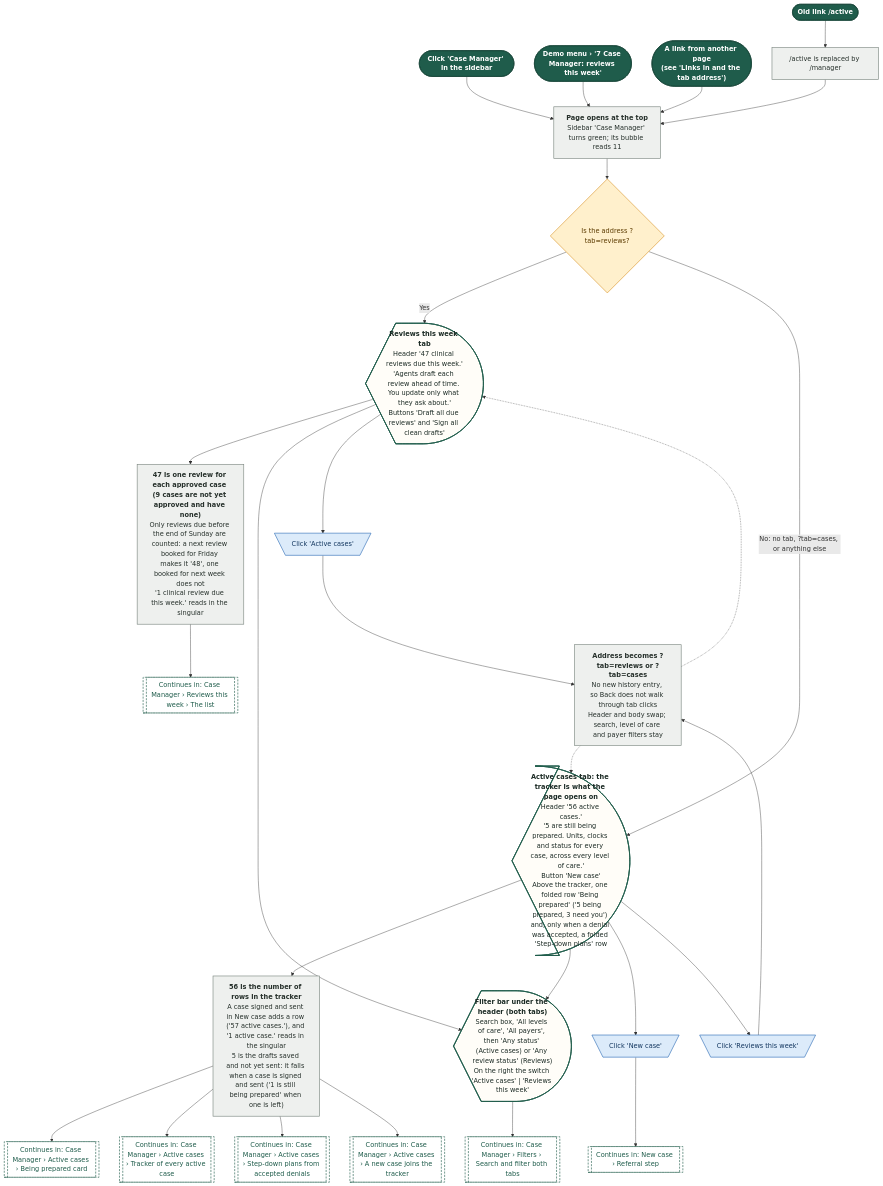
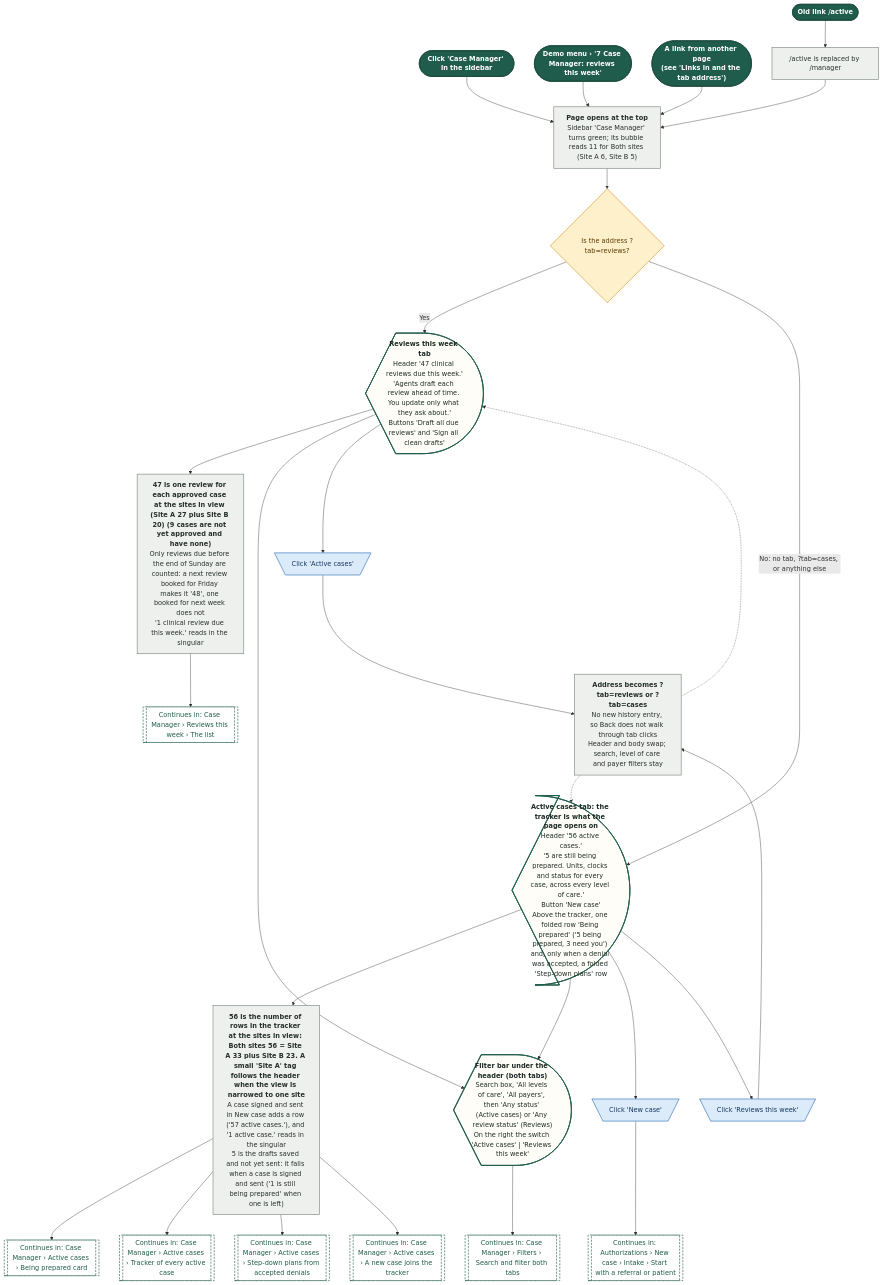
One commit to Shrav143/psyfloapp changed the first of 24 diagrams in demos/prior-auth-demo/workflows/out/md/07-case-manager.md. Above: the diagram before and after it, drawn with Mermaid. The commit also changed other lines of this file and 251 other files, not shown here.

First line of the commit message:
docs: rebuild the workflow diagrams (291) for round 4

````diff
--- a/demos/prior-auth-demo/workflows/out/md/07-case-manager.md
+++ b/demos/prior-auth-demo/workflows/out/md/07-case-manager.md
@@ -15,69 +15,69 @@
 ```mermaid
 %%{init: {"theme":"base","themeVariables":{"fontFamily":"'DM Sans', 'Segoe UI', system-ui, sans-serif","fontSize":"15px","lineColor":"#5B6B63","primaryTextColor":"#1C2B25","clusterBkg":"#FBF8F3","clusterBorder":"#D9CDBB","edgeLabelBackground":"#FFFFFF"},"flowchart":{"curve":"basis","nodeSpacing":36,"rankSpacing":48,"padding":12,"htmlLabels":true,"useMaxWidth":false,"wrappingWidth":230}} }%%
 flowchart TD
   classDef k_start fill:#1F5C4B,stroke:#174638,color:#FFFFFF,stroke-width:1.5px,font-weight:600
   classDef k_end fill:#DDEFE3,stroke:#2E7D4F,color:#14502F,stroke-width:1.5px,font-weight:600
   classDef k_endx fill:#FBE3E0,stroke:#C0392B,color:#7A1F16,stroke-width:1.5px,font-weight:600
   classDef k_screen fill:#FFFDF8,stroke:#1F5C4B,color:#1C2B25,stroke-width:2px
   classDef k_overlay fill:#F1F7F3,stroke:#1F5C4B,color:#1C2B25,stroke-width:2px,stroke-dasharray:5 3
   classDef k_click fill:#DCEBFA,stroke:#2F6DB5,color:#12365F,stroke-width:1.5px
   classDef k_input fill:#E4E7FF,stroke:#4C5FD5,color:#1D2670,stroke-width:1.5px
   classDef k_process fill:#EEF0EE,stroke:#7A857F,color:#26302B,stroke-width:1.5px
   classDef k_agent fill:#EEE5FA,stroke:#7A4FC2,color:#341A63,stroke-width:1.5px
   classDef k_decision fill:#FFF0CC,stroke:#D9962B,color:#5C3B00,stroke-width:1.5px
   classDef k_store fill:#D5F0EA,stroke:#1C8E7B,color:#0B4A3F,stroke-width:1.5px
   classDef k_doc fill:#F6E9DC,stroke:#B07A4C,color:#4A2E14,stroke-width:1.5px
   classDef k_ext fill:#FFE6D2,stroke:#E07B39,color:#6B2F06,stroke-width:1.5px
   classDef k_wait fill:#E4E8EE,stroke:#6B7C93,color:#26303D,stroke-width:1.5px
   classDef k_toast fill:#FFF9DB,stroke:#C9A400,color:#5A4A00,stroke-width:1.5px
   classDef k_goto fill:#FFFFFF,stroke:#1F5C4B,color:#1F5C4B,stroke-width:1.5px,stroke-dasharray:5 3
   s1@{ shape: stadium, label: "Click 'Case Manager' in the sidebar" }
   s2@{ shape: stadium, label: "Demo menu › '7 Case Manager: reviews this week'" }
   s3@{ shape: stadium, label: "Old link /active" }
   s4@{ shape: stadium, label: "<b>A link from another page</b><br/>(see 'Links in and the tab address')" }
   p0@{ shape: rect, label: "/active is replaced by /manager" }
-  p1@{ shape: rect, label: "<b>Page opens at the top</b><br/>Sidebar 'Case Manager' turns green; its bubble reads 11" }
+  p1@{ shape: rect, label: "<b>Page opens at the top</b><br/>Sidebar 'Case Manager' turns green; its bubble reads 11 for Both sites (Site A 6, Site B 5)" }
   d1@{ shape: diam, label: "Is the address ?tab=reviews?" }
   sA@{ shape: curv-trap, label: "<b>Active cases tab: the tracker is what the page opens on</b><br/>Header '56 active cases.'<br/>'5 are still being prepared. Units, clocks and status for every case, across every level of care.'<br/>Button 'New case'<br/>Above the tracker, one folded row 'Being prepared' ('5 being prepared, 3 need you') and, only when a denial was accepted, a folded 'Step-down plans' row" }
-  cA@{ shape: rect, label: "<b>56 is the number of rows in the tracker</b><br/>A case signed and sent in New case adds a row ('57 active cases.'), and '1 active case.' reads in the singular<br/>5 is the drafts saved and not yet sent: it falls when a case is signed and sent ('1 is still being prepared' when one is left)" }
+  cA@{ shape: rect, label: "<b>56 is the number of rows in the tracker at the sites in view: Both sites 56 = Site A 33 plus Site B 23. A small 'Site A' tag follows the header when the view is narrowed to one site</b><br/>A case signed and sent in New case adds a row ('57 active cases.'), and '1 active case.' reads in the singular<br/>5 is the drafts saved and not yet sent: it falls when a case is signed and sent ('1 is still being prepared' when one is left)" }
   sR@{ shape: curv-trap, label: "<b>Reviews this week tab</b><br/>Header '47 clinical reviews due this week.'<br/>'Agents draft each review ahead of time. You update only what they ask about.'<br/>Buttons 'Draft all due reviews' and 'Sign all clean drafts'" }
-  cR@{ shape: rect, label: "<b>47 is one review for each approved case (9 cases are not yet approved and have none)</b><br/>Only reviews due before the end of Sunday are counted: a next review booked for Friday makes it '48', one booked for next week does not<br/>'1 clinical review due this week.' reads in the singular" }
+  cR@{ shape: rect, label: "<b>47 is one review for each approved case at the sites in view (Site A 27 plus Site B 20) (9 cases are not yet approved and have none)</b><br/>Only reviews due before the end of Sunday are counted: a next review booked for Friday makes it '48', one booked for next week does not<br/>'1 clinical review due this week.' reads in the singular" }
   sF@{ shape: curv-trap, label: "<b>Filter bar under the header (both tabs)</b><br/>Search box, 'All levels of care', 'All payers', then 'Any status' (Active cases) or 'Any review status' (Reviews)<br/>On the right the switch 'Active cases' | 'Reviews this week'" }
   c1@{ shape: trap-t, label: "Click 'Reviews this week'" }
   c2@{ shape: trap-t, label: "Click 'Active cases'" }
   p2@{ shape: rect, label: "<b>Address becomes ?tab=reviews or ?tab=cases</b><br/>No new history entry, so Back does not walk through tab clicks<br/>Header and body swap; search, level of care and payer filters stay" }
   c3@{ shape: trap-t, label: "Click 'New case'" }
   g1@{ shape: subproc, label: "Continues in: Case Manager › Filters › Search and filter both tabs" }
   g2@{ shape: subproc, label: "Continues in: Case Manager › Active cases › Being prepared card" }
   g3@{ shape: subproc, label: "Continues in: Case Manager › Active cases › Tracker of every active case" }
   g4@{ shape: subproc, label: "Continues in: Case Manager › Reviews this week › The list" }
-  g5@{ shape: subproc, label: "Continues in: New case › Referral step" }
+  g5@{ shape: subproc, label: "Continues in: Authorizations › New case › Intake › Start with a referral or patient" }
   g6@{ shape: subproc, label: "Continues in: Case Manager › Active cases › Step-down plans from accepted denials" }
   g7@{ shape: subproc, label: "Continues in: Case Manager › Active cases › A new case joins the tracker" }
   s1 --> p1
   s2 --> p1
   s3 --> p0 --> p1
   s4 --> p1
   p1 --> d1
   d1 -->|"Yes"| sR --> cR
   d1 -->|"No: no tab, ?tab=cases, or anything else"| sA --> cA
   sA --> sF
   sR --> sF
   sF --> g1
   sA --> c3 --> g5
   sA --> c1 --> p2
   sR --> c2 --> p2
   p2 -.-> sA
   p2 -.-> sR
   cA --> g2
   cA --> g3
   cA --> g6
   cA --> g7
   cR --> g4
   class s1,s2,s3,s4 k_start
   class p0,p1,cA,cR,p2 k_process
   class d1 k_decision
   class sA,sR,sF k_screen
   class c1,c2,c3 k_click
   class g1,g2,g3,g4,g5,g6,g7 k_goto
 ```
````
